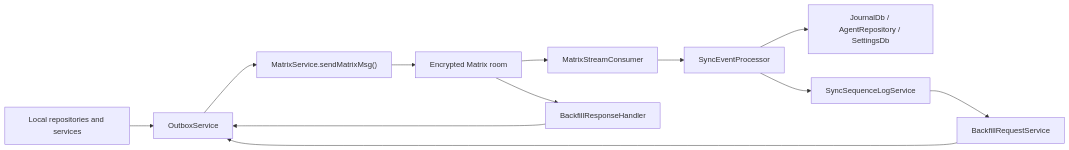
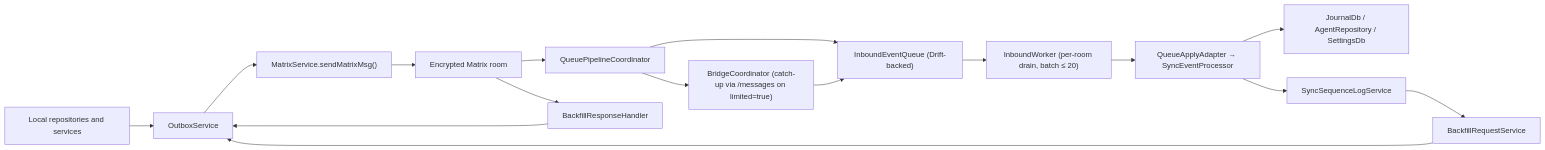
Before and after one commit to matthiasn/lotti: the first of 7 diagrams in lib/features/sync/README.md, drawn with Mermaid. The commit also changed other lines of this file and 5 other files, not shown here.

````diff
--- a/lib/features/sync/README.md
+++ b/lib/features/sync/README.md
@@ -24,16 +24,20 @@
 ```mermaid
 flowchart LR
   Local["Local repositories and services"] --> Outbox["OutboxService"]
   Outbox --> Sender["MatrixService.sendMatrixMsg()"]
   Sender --> Room["Encrypted Matrix room"]
 
-  Room --> Consumer["MatrixStreamConsumer"]
-  Consumer --> Processor["SyncEventProcessor"]
-  Processor --> Stores["JournalDb / AgentRepository / SettingsDb"]
-  Processor --> Sequence["SyncSequenceLogService"]
+  Room --> QueueCoord["QueuePipelineCoordinator"]
+  QueueCoord --> Bridge["BridgeCoordinator (catch-up via /messages on limited=true)"]
+  QueueCoord --> Queue["InboundEventQueue (Drift-backed)"]
+  Bridge --> Queue
+  Queue --> Worker["InboundWorker (per-room drain, batch ≤ 20)"]
+  Worker --> Apply["QueueApplyAdapter → SyncEventProcessor"]
+  Apply --> Stores["JournalDb / AgentRepository / SettingsDb"]
+  Apply --> Sequence["SyncSequenceLogService"]
 
   Sequence --> BackfillReq["BackfillRequestService"]
   Room --> BackfillResp["BackfillResponseHandler"]
   BackfillReq --> Outbox
   BackfillResp --> Outbox
 ```
````
